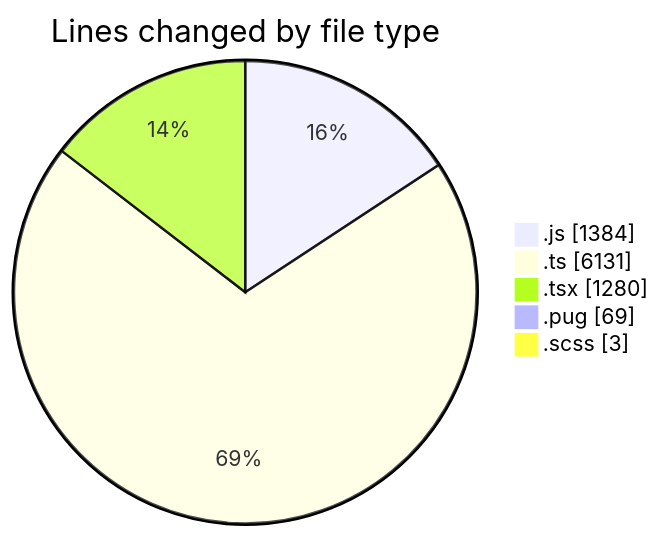
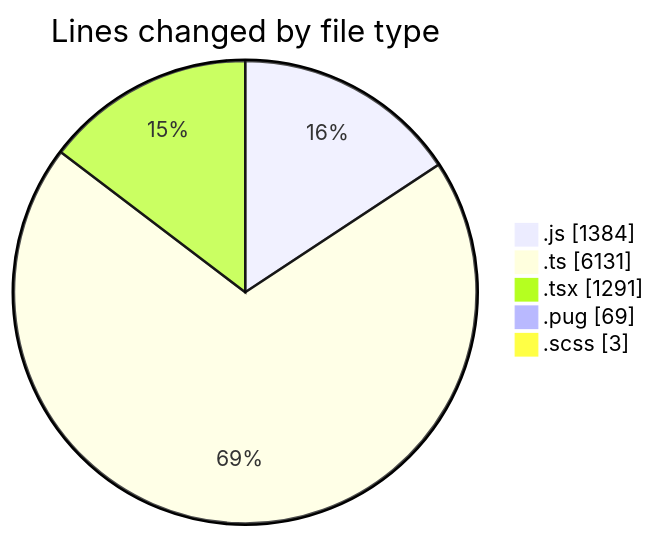
Before and after one commit to momahboobian/code-tracking: the first of 2 diagrams in 2025-03-25/cda/README.md, drawn with Mermaid. The commit also changed other lines of this file and 1 other file, not shown here.

````diff
--- a/2025-03-25/cda/README.md
+++ b/2025-03-25/cda/README.md
@@ -37,9 +37,9 @@
 ```mermaid
 pie showData
 title Lines changed by file type
 ".js" : 1384
 ".ts" : 6131
-".tsx" : 1280
+".tsx" : 1291
 ".pug" : 69
 ".scss" : 3
 ```
````
